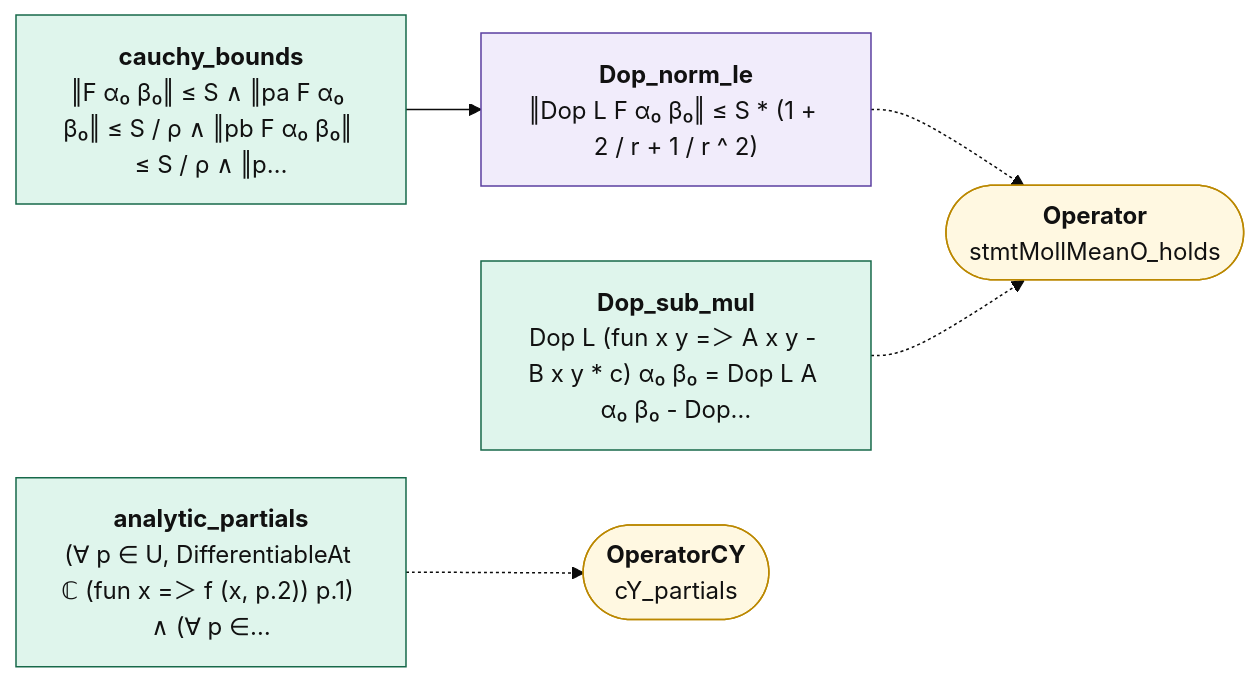
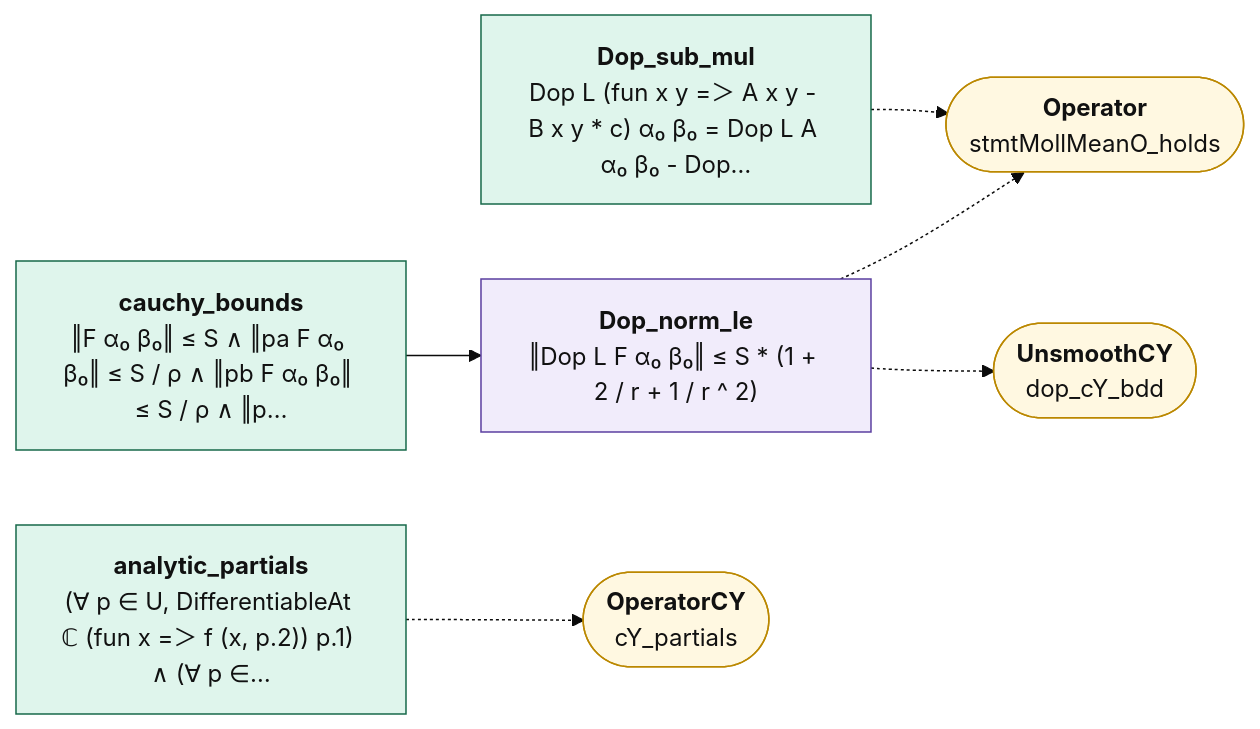
The diagram in map/lean_stage3/OperatorCauchy.md (juliansambranojr/Primebeat_081426), drawn with Mermaid (base theme) before and after one commit. The commit also changed other lines of this file and 36 other files, not shown here.

````diff
--- a/map/lean_stage3/OperatorCauchy.md
+++ b/map/lean_stage3/OperatorCauchy.md
@@ -14,21 +14,23 @@
 ```mermaid
 flowchart LR
   n0["<b>cauchy_bounds</b><br/>‖F α₀ β₀‖ ≤ S ∧ ‖pa F α₀ β₀‖ ≤ S / ρ ∧ ‖pb F α₀ β₀‖ ≤ S / ρ ∧ ‖p…"]:::cnt
   n1["<b>Dop_norm_le</b><br/>‖Dop L F α₀ β₀‖ ≤ S * (1 + 2 / r + 1 / r ^ 2)"]:::shp
   n2["<b>Dop_sub_mul</b><br/>Dop L (fun x y =＞ A x y - B x y * c) α₀ β₀ = Dop L A α₀ β₀ - Dop…"]:::cnt
   n3["<b>analytic_partials</b><br/>(∀ p ∈ U, DifferentiableAt ℂ (fun x =＞ f (x, p.2)) p.1) ∧ (∀ p ∈…"]:::cnt
   x0(["<b>Operator</b><br/>stmtMollMeanO_holds"]):::ext
-  x1(["<b>OperatorCY</b><br/>cY_partials"]):::ext
+  x1(["<b>UnsmoothCY</b><br/>dop_cY_bdd"]):::ext
+  x2(["<b>OperatorCY</b><br/>cY_partials"]):::ext
   n0 --> n1
   n1 -.-> x0
+  n1 -.-> x1
   n2 -.-> x0
-  n3 -.-> x1
+  n3 -.-> x2
   classDef cnt fill:#dff5ec,stroke:#17694a,color:#111
   classDef shp fill:#f1ecfb,stroke:#5b3fa0,color:#111
   classDef rh fill:#ffe5e5,stroke:#c22,color:#111,stroke-width:2px
   classDef thm fill:#eef4ff,stroke:#335,color:#111
   classDef end_ fill:#e7f7e7,stroke:#2a7,color:#111,stroke-width:2px
   classDef lone fill:#fff,stroke:#999,color:#111,stroke-dasharray:4 3
   classDef bad fill:#ffe5e5,stroke:#c22,color:#111,stroke-width:2px
   classDef ext fill:#fff8e1,stroke:#b80,color:#111
 ```
````
